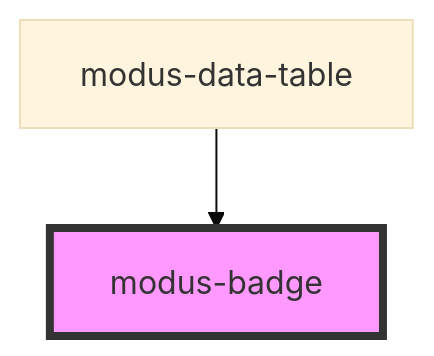
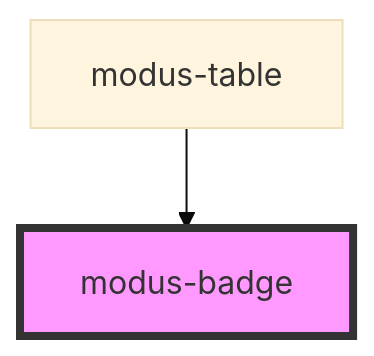
Before and after one commit to trimble-oss/modus-web-components: the diagram in stencil-workspace/src/components/modus-badge/readme.md, drawn with Mermaid (base theme). The commit also changed other lines of this file and 25 other files, not shown here.

Commit message:
Added sorting feature to Modus Data Table

````diff
--- a/stencil-workspace/src/components/modus-badge/readme.md
+++ b/stencil-workspace/src/components/modus-badge/readme.md
@@ -25,5 +25,5 @@
 ```mermaid
 graph TD;
-  modus-data-table --> modus-badge
+  modus-table --> modus-badge
   style modus-badge fill:#f9f,stroke:#333,stroke-width:4px
 ```
````
